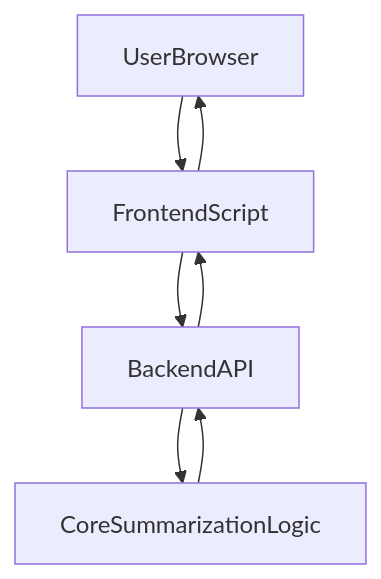
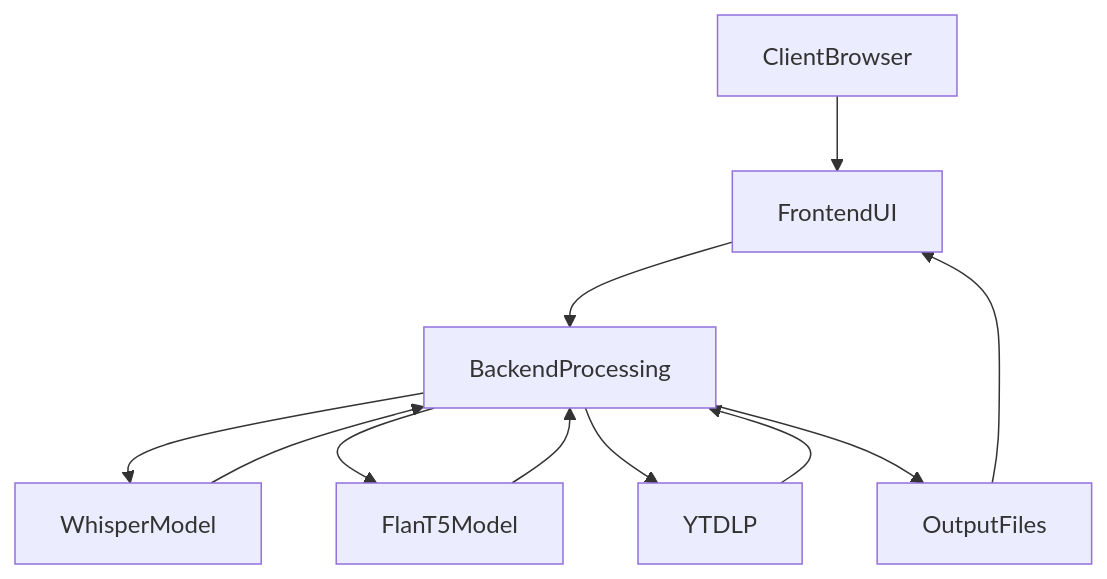
Before and after one commit to test-company-prowiz/Note-Summerizer: the diagram in docs/REPOSITORY_OVERVIEW.md, drawn with Mermaid. The commit also changed other lines of this file and 2 other files, not shown here.

````diff
--- a/docs/REPOSITORY_OVERVIEW.md
+++ b/docs/REPOSITORY_OVERVIEW.md
@@ -42,9 +49,13 @@
 ```mermaid
 graph TD
-A[UserBrowser] --> B[FrontendScript]
-B --> C[BackendAPI]
-C --> D[CoreSummarizationLogic]
-D --> C
-C --> B
-B --> A
+A[ClientBrowser] --> B[FrontendUI]
+B[FrontendUI] --> C[BackendProcessing]
+C[BackendProcessing] --> D[WhisperModel]
+C[BackendProcessing] --> E[FlanT5Model]
+C[BackendProcessing] --> F[YTDLP]
+C[BackendProcessing] --> G[OutputFiles]
+D[WhisperModel] --> C
+E[FlanT5Model] --> C
+F[YTDLP] --> C
+G[OutputFiles] --> B
 ```
````
